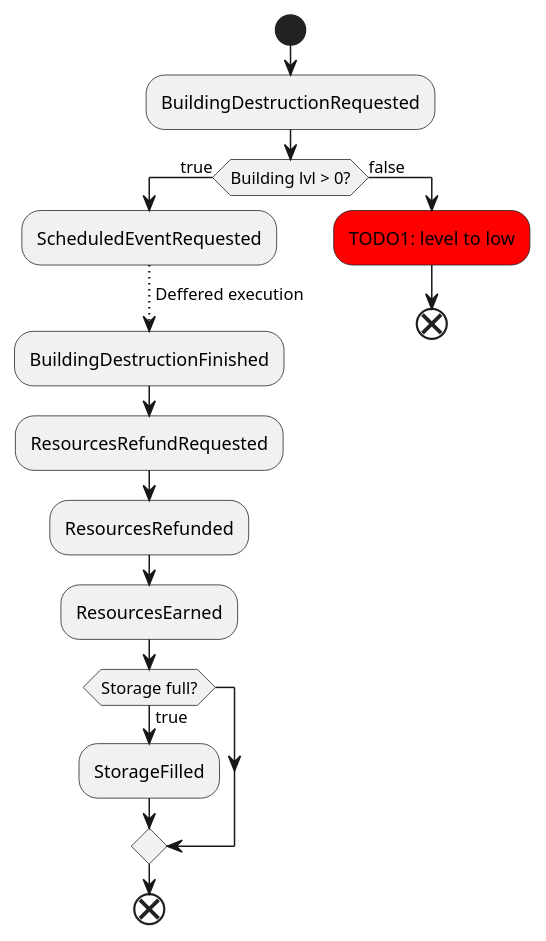
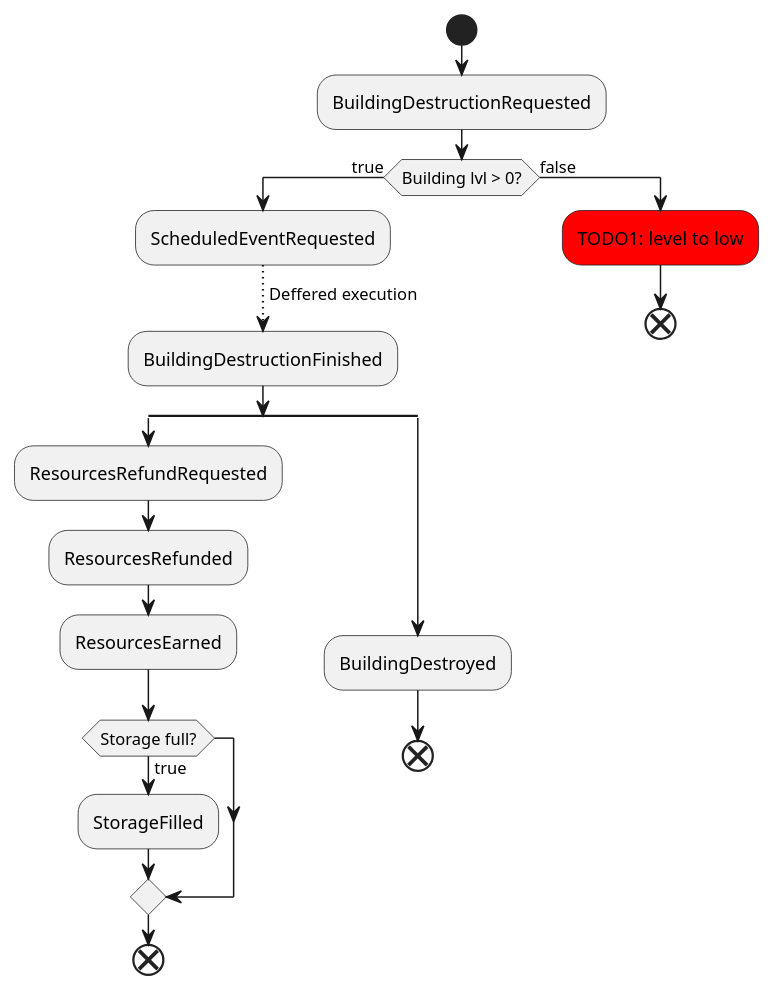
The diagram in docs/building-destruction-flow.puml (tomekbielaszewski/ogame-clone), drawn with PlantUML before and after one commit.

Commit message:
added actual BuildingDestroyed event at the end of the building destruction flow chart

```diff
--- a/docs/building-destruction-flow.puml
+++ b/docs/building-destruction-flow.puml
@@ -1,22 +1,27 @@
 @startuml
 
 start
 
 :BuildingDestructionRequested;
 if (Building lvl > 0?) then (true)
     :ScheduledEventRequested;
     -[dotted]-> Deffered execution;
     :BuildingDestructionFinished;
+    split
     :ResourcesRefundRequested;
     :ResourcesRefunded;
     :ResourcesEarned;
     if (Storage full?) then (true)
         :StorageFilled;
     endif
     end
+    split again
+    :BuildingDestroyed;
+    end
+    end split
 else (false)
     #red:TODO1: level to low;
     end
 endif
 
 @enduml
```
